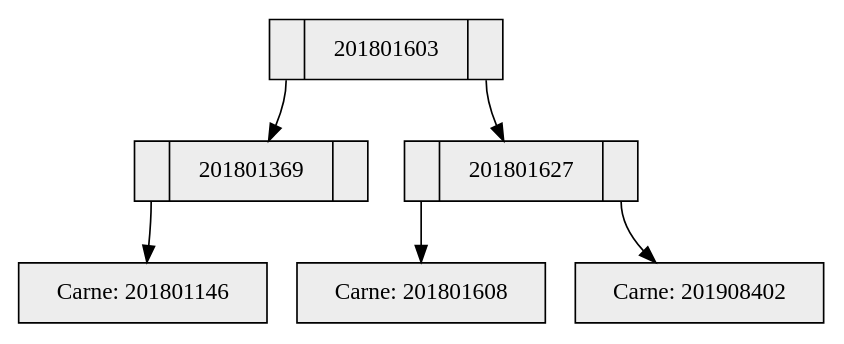
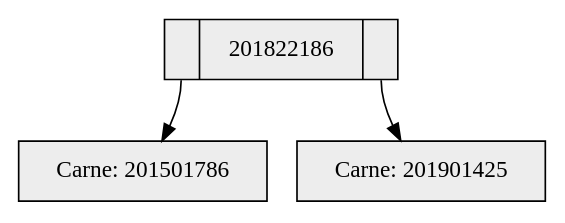
The diagram in Fase 2/ArbolEstudiantes.dot (Edag09/EDD_SmartClass_201801627), drawn with Graphviz before and after one commit. The commit also changed 8 other files, not shown here.

```diff
--- a/Fase 2/ArbolEstudiantes.dot
+++ b/Fase 2/ArbolEstudiantes.dot
@@ -1,16 +1,10 @@
 digraph Three {
 rankdir=TB;
 node [shape = record, color=black , style=filled, fillcolor=gray93];
-Node201801603[label ="<C0>|201801603|<C1>"];
-Node201801369[label ="<C0>|201801369|<C1>"];
-Node201801146[label="Carne: 201801146"];
-Node201801369:C0->Node201801146
-Node201801603:C0->Node201801369
-Node201801627[label ="<C0>|201801627|<C1>"];
-Node201801608[label="Carne: 201801608"];
-Node201801627:C0->Node201801608
-Node201908402[label="Carne: 201908402"];
-Node201801627:C1->Node201908402
-Node201801603:C1->Node201801627
+Node201822186[label ="<C0>|201822186|<C1>"];
+Node201501786[label="Carne: 201501786"];
+Node201822186:C0->Node201501786
+Node201901425[label="Carne: 201901425"];
+Node201822186:C1->Node201901425
 
 }
```
